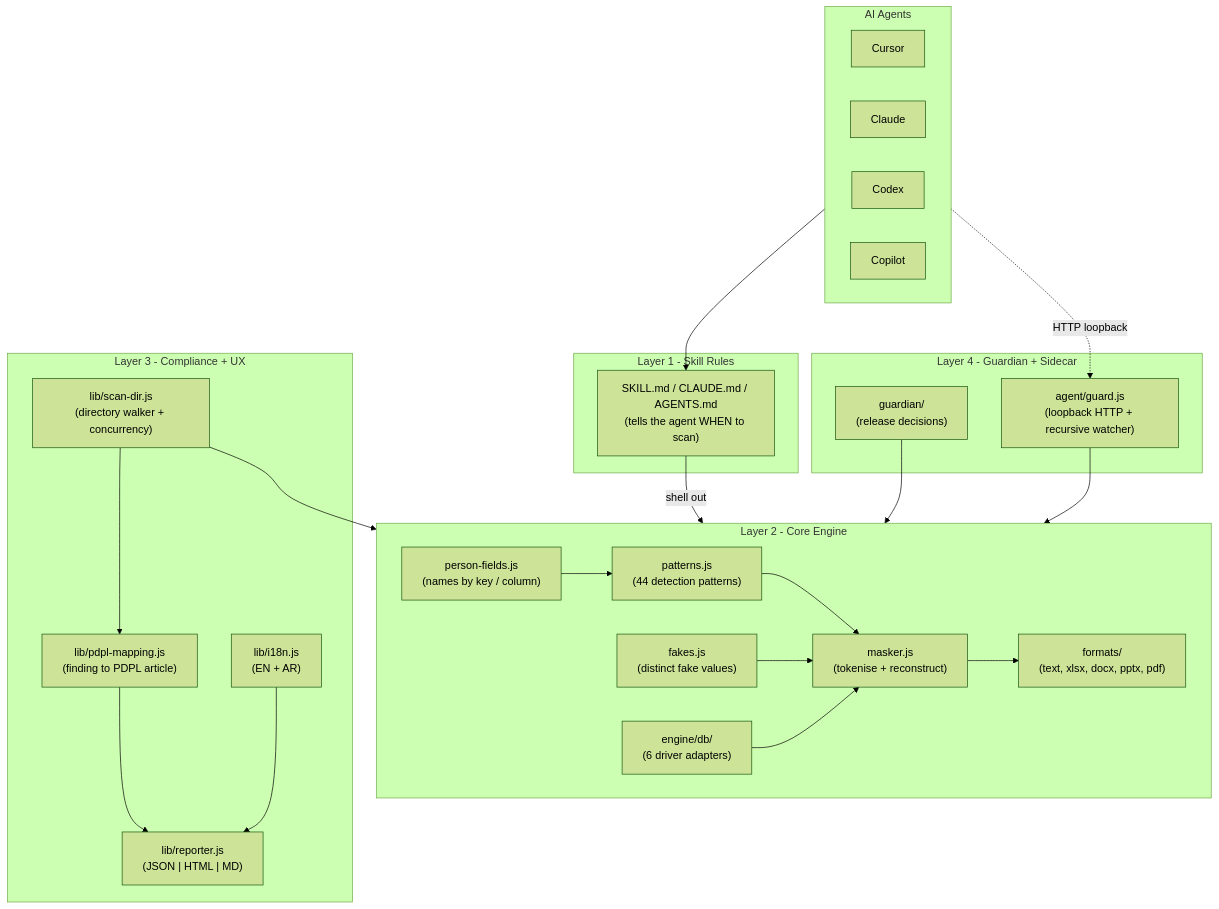
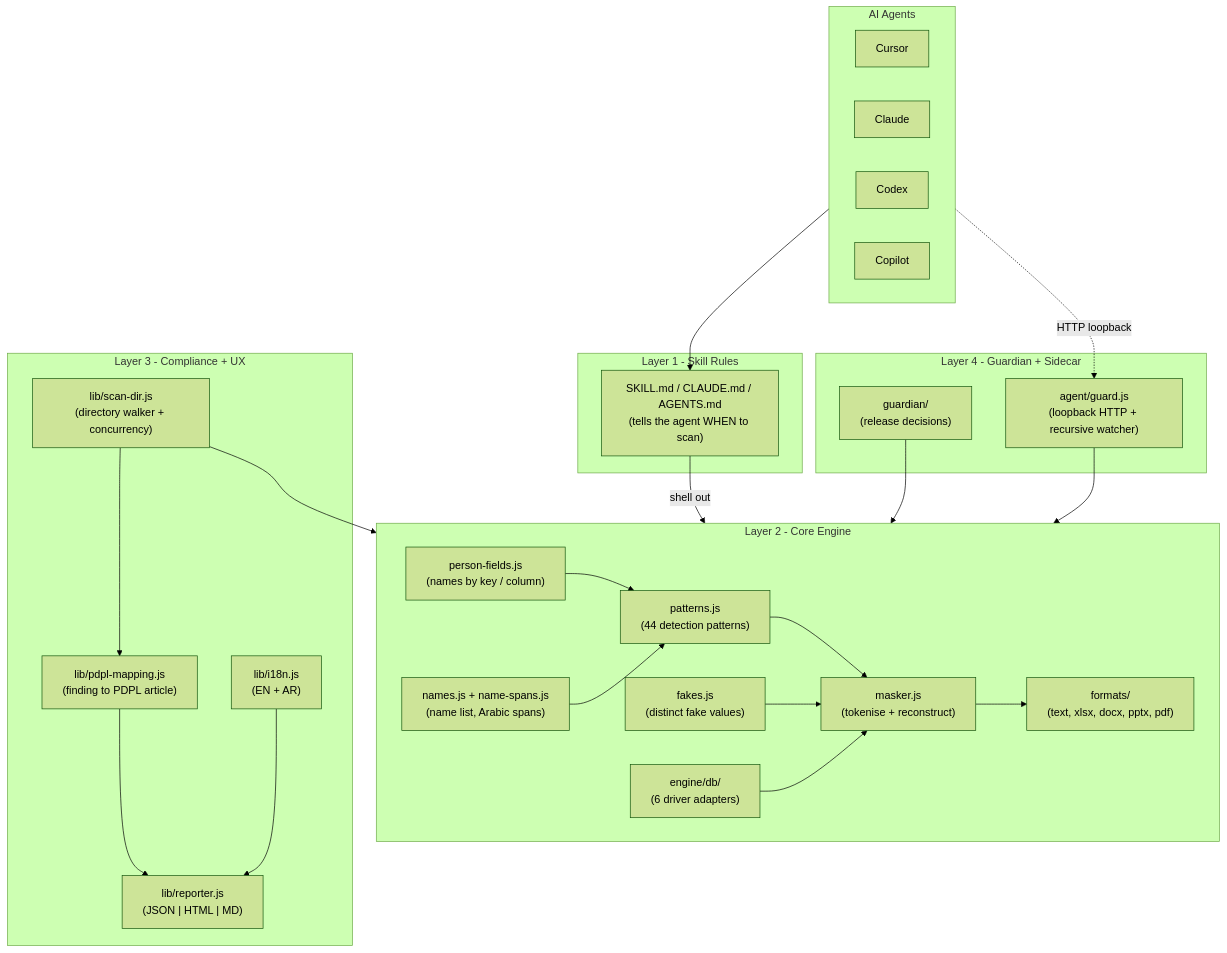
The first of 4 diagrams in docs/ARCHITECTURE.md (oalriyami/kakashi), drawn with Mermaid (forest theme) before and after one commit. The commit also changed other lines of this file and 19 other files, not shown here.

First line of the commit message:
feat(names): phase 2 -- a local name list for Arabic prose, greetings and repeats

````diff
--- a/docs/ARCHITECTURE.md
+++ b/docs/ARCHITECTURE.md
@@ -17,45 +17,47 @@
 ```mermaid
 flowchart TB
   subgraph L1 [Layer 1 - Skill Rules]
     SkillMD["SKILL.md / CLAUDE.md / AGENTS.md<br/>(tells the agent WHEN to scan)"]
   end
   subgraph L2 [Layer 2 - Core Engine]
     Patterns["patterns.js<br/>(44 detection patterns)"]
     Fields["person-fields.js<br/>(names by key / column)"]
+    Names["names.js + name-spans.js<br/>(name list, Arabic spans)"]
     Masker["masker.js<br/>(tokenise + reconstruct)"]
     Fakes["fakes.js<br/>(distinct fake values)"]
     Formats["formats/<br/>(text, xlsx, docx, pptx, pdf)"]
     DB["engine/db/<br/>(6 driver adapters)"]
     Fields --> Patterns
+    Names --> Patterns
     Patterns --> Masker
     Fakes --> Masker
     Masker --> Formats
     DB --> Masker
   end
   subgraph L3 [Layer 3 - Compliance + UX]
     Pdpl["lib/pdpl-mapping.js<br/>(finding to PDPL article)"]
     Reporter["lib/reporter.js<br/>(JSON | HTML | MD)"]
     ScanDir["lib/scan-dir.js<br/>(directory walker + concurrency)"]
     I18n["lib/i18n.js<br/>(EN + AR)"]
     Pdpl --> Reporter
     ScanDir --> Pdpl
     I18n --> Reporter
   end
   subgraph L4 [Layer 4 - Guardian + Sidecar]
     Guardian["guardian/<br/>(release decisions)"]
     Guard["agent/guard.js<br/>(loopback HTTP + recursive watcher)"]
   end
   subgraph AGENTS [AI Agents]
     Cursor
     Claude
     Codex
     Copilot
   end
 
   AGENTS --> SkillMD
   SkillMD -->|shell out| L2
   ScanDir --> L2
   Guardian --> L2
   Guard --> L2
   AGENTS -.HTTP loopback.-> Guard
 ```
````
